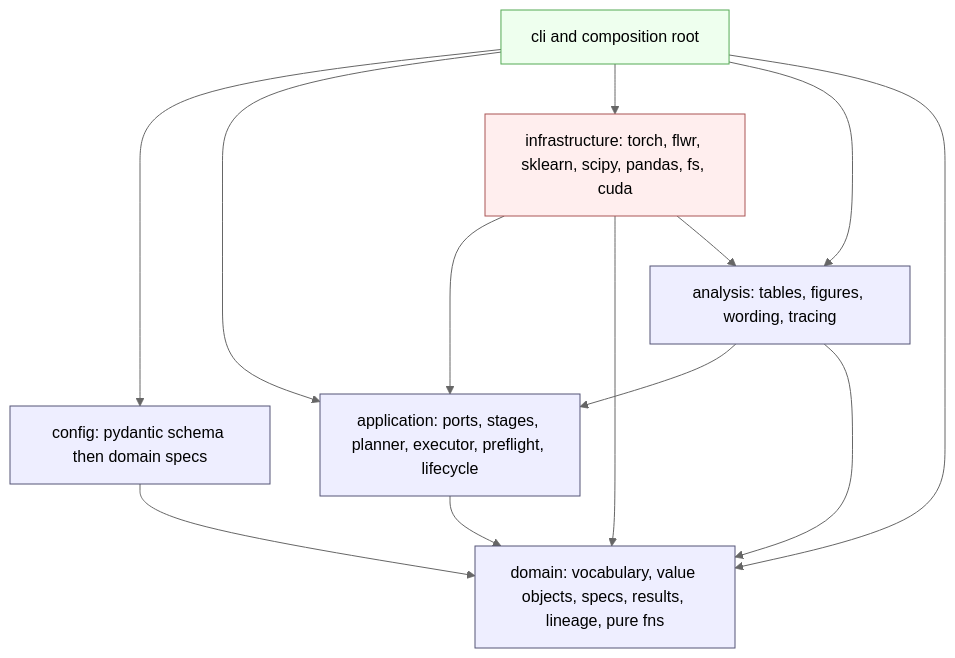
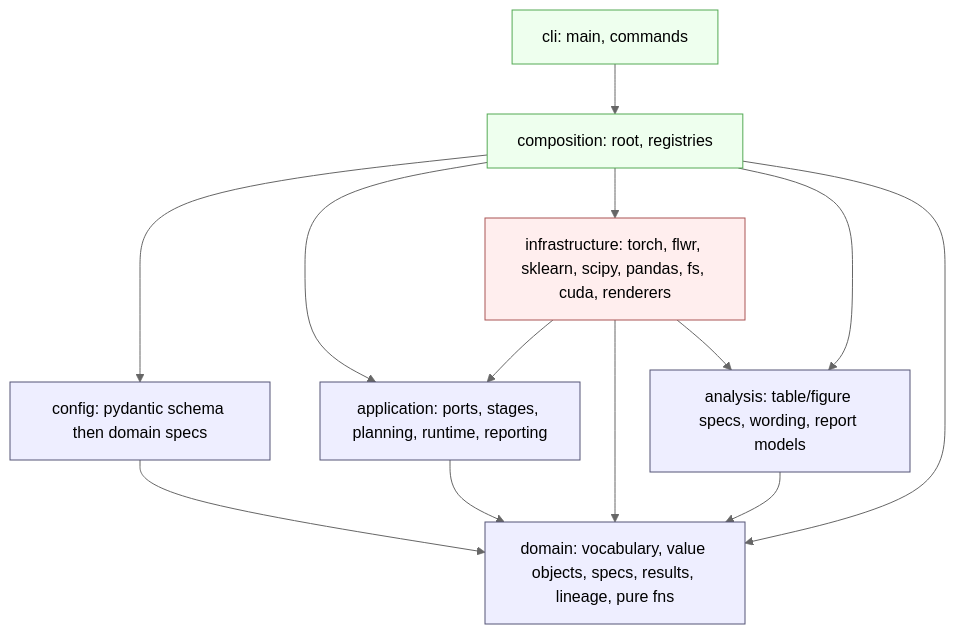
Before and after one commit to naslouby-salahe/datp-core: the first of 11 diagrams in docs/DATP Core Architecture.md, drawn with Mermaid (neutral theme). The commit also changed other lines of this file, not shown here.

Commit message:
Fix architecture

````diff
--- a/docs/DATP Core Architecture.md
+++ b/docs/DATP Core Architecture.md
@@ -92,29 +94,30 @@
 ```mermaid
 graph TD
     DOM[domain: vocabulary, value objects, specs, results, lineage, pure fns]
+    APP[application: ports, stages, planning, runtime, reporting]
     CFG[config: pydantic schema then domain specs]
-    APP[application: ports, stages, planner, executor, preflight, lifecycle]
-    INFRA[infrastructure: torch, flwr, sklearn, scipy, pandas, fs, cuda]
-    ANA[analysis: tables, figures, wording, tracing]
-    CLI[cli and composition root]
+    ANA[analysis: table/figure specs, wording, report models]
+    INFRA[infrastructure: torch, flwr, sklearn, scipy, pandas, fs, cuda, renderers]
+    COMP[composition: root, registries]
+    CLI[cli: main, commands]
 
+    APP --> DOM
     CFG --> DOM
-    APP --> DOM
+    ANA --> DOM
     INFRA --> APP
     INFRA --> DOM
     INFRA --> ANA
-    ANA --> APP
-    ANA --> DOM
-    CLI --> CFG
-    CLI --> APP
-    CLI --> INFRA
-    CLI --> ANA
-    CLI --> DOM
+    COMP --> CFG
+    COMP --> APP
+    COMP --> INFRA
+    COMP --> ANA
+    COMP --> DOM
+    CLI --> COMP
 
     classDef pure fill:#eef,stroke:#557;
     classDef adapter fill:#fee,stroke:#a55;
     classDef root fill:#efe,stroke:#5a5;
     class DOM,CFG,APP,ANA pure;
     class INFRA adapter;
-    class CLI root;
+    class COMP,CLI root;
 ```
````
